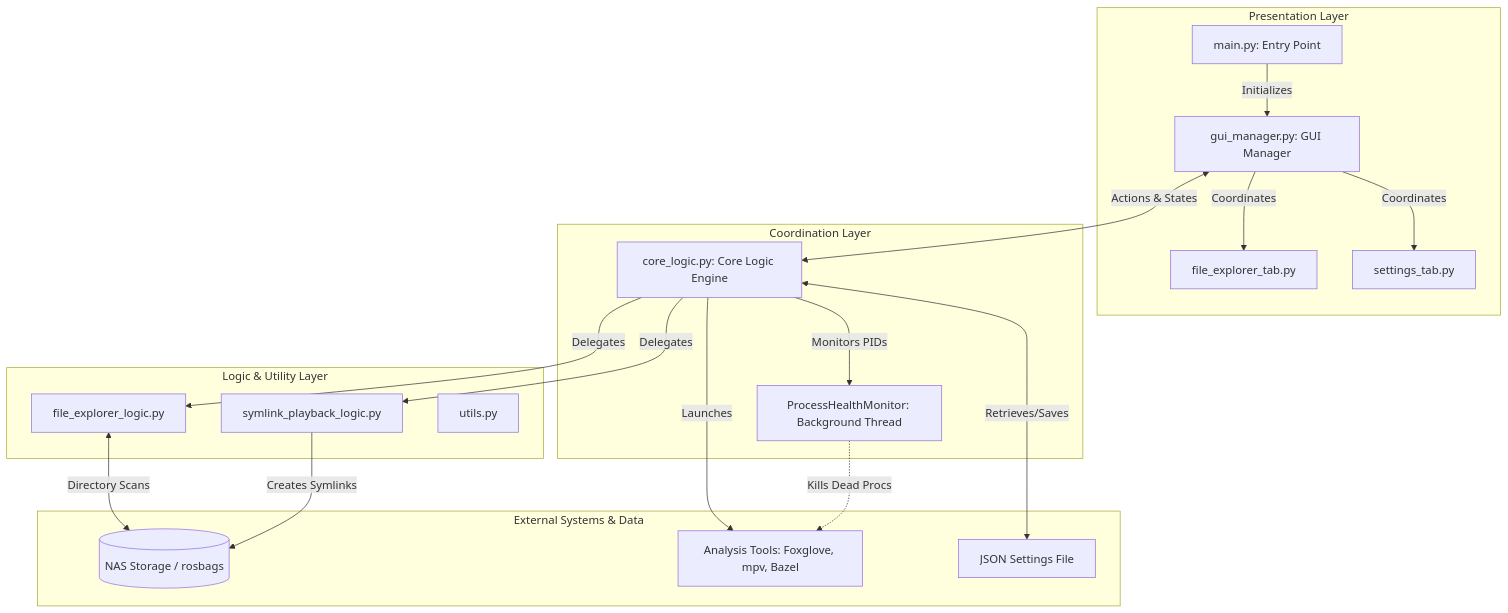
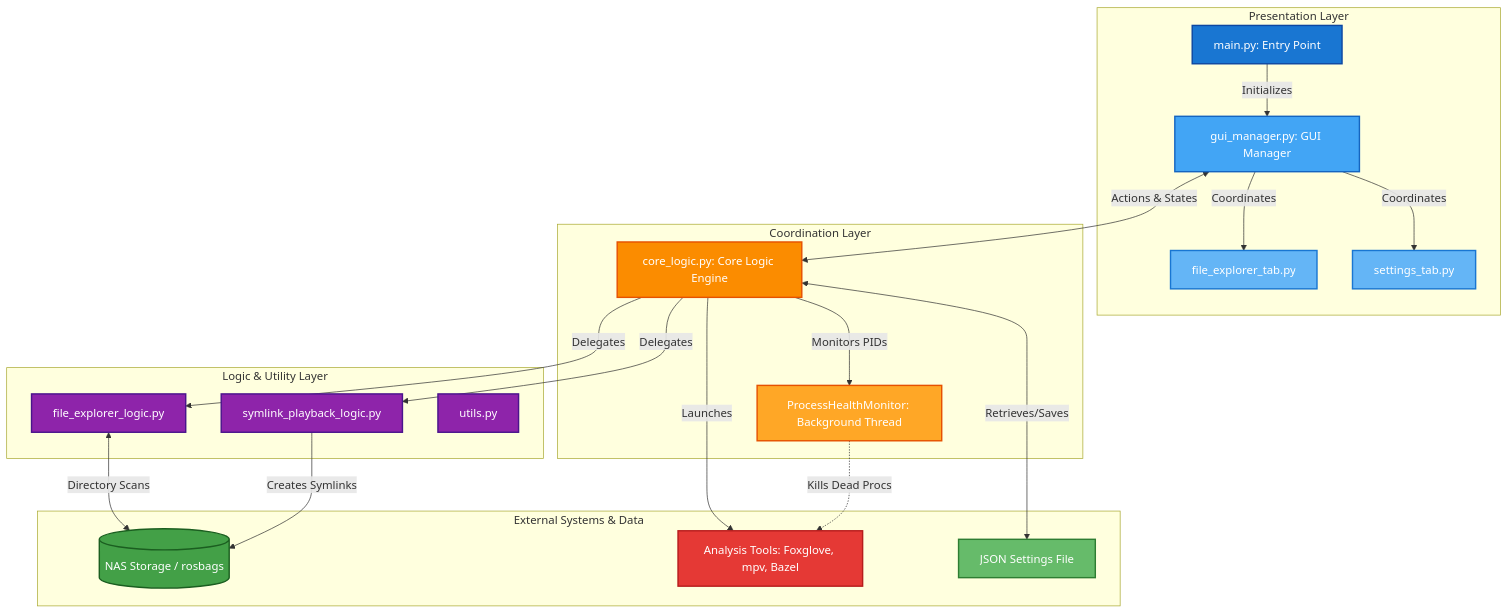
One commit to typhasze/traige-gui changed the diagram in architecture.md. Above: the diagram before and after it, drawn with Mermaid.

````diff
--- a/architecture.md
+++ b/architecture.md
@@ -1,46 +1,67 @@
 ```mermaid
 graph TD
     %% Layer 1: Presentation Layer (UI)
     subgraph UI_Layer [Presentation Layer]
         Main[main.py: Entry Point]
         GM[gui_manager.py: GUI Manager]
         FET[file_explorer_tab.py]
         ST[settings_tab.py]
     end
 
     %% Layer 2: Orchestration Layer (Core)
     subgraph Core_Layer [Coordination Layer]
         CL[core_logic.py: Core Logic Engine]
         PHM[ProcessHealthMonitor: Background Thread]
     end
 
     %% Layer 3: Logic & Utility Layer (Back-end)
     subgraph Logic_Layer [Logic & Utility Layer]
         FEL[file_explorer_logic.py]
         SPL[symlink_playback_logic.py]
         UTL[utils.py]
     end
 
     %% Layer 4: External Systems
     subgraph External_Systems [External Systems & Data]
         NAS[(NAS Storage / rosbags)]
         Tools[Analysis Tools: Foxglove, mpv, Bazel]
         Config[JSON Settings File]
     end
 
     %% Relationships and Data Flow
     Main -->|Initializes| GM
     GM -->|Coordinates| FET
     GM -->|Coordinates| ST
     GM <-->|Actions & States| CL
 
     CL <-->|Retrieves/Saves| Config
     CL -->|Delegates| FEL
     CL -->|Delegates| SPL
     CL -->|Monitors PIDs| PHM
 
     FEL <-->|Directory Scans| NAS
     SPL -->|Creates Symlinks| NAS
     CL -->|Launches| Tools
     PHM -.->|Kills Dead Procs| Tools
+
+    %% Color Coding for Individual Boxes
+    %% Presentation Layer - Blue shades
+    style Main fill:#1976D2,stroke:#0D47A1,stroke-width:2px,color:#fff
+    style GM fill:#42A5F5,stroke:#1565C0,stroke-width:2px,color:#fff
+    style FET fill:#64B5F6,stroke:#1976D2,stroke-width:2px,color:#fff
+    style ST fill:#64B5F6,stroke:#1976D2,stroke-width:2px,color:#fff
+
+    %% Coordination Layer - Orange/Yellow shades
+    style CL fill:#FB8C00,stroke:#E65100,stroke-width:2px,color:#fff
+    style PHM fill:#FFA726,stroke:#E65100,stroke-width:2px,color:#fff
+
+    %% Logic & Utility Layer - Purple shades
+    style FEL fill:#8E24AA,stroke:#4A148C,stroke-width:2px,color:#fff
+    style SPL fill:#8E24AA,stroke:#4A148C,stroke-width:2px,color:#fff
+    style UTL fill:#8E24AA,stroke:#4A148C,stroke-width:2px,color:#fff
+
+    %% External Systems - Red/Green shades
+    style NAS fill:#43A047,stroke:#1B5E20,stroke-width:2px,color:#fff
+    style Tools fill:#E53935,stroke:#B71C1C,stroke-width:2px,color:#fff
+    style Config fill:#66BB6A,stroke:#2E7D32,stroke-width:2px,color:#fff
 ```
````
